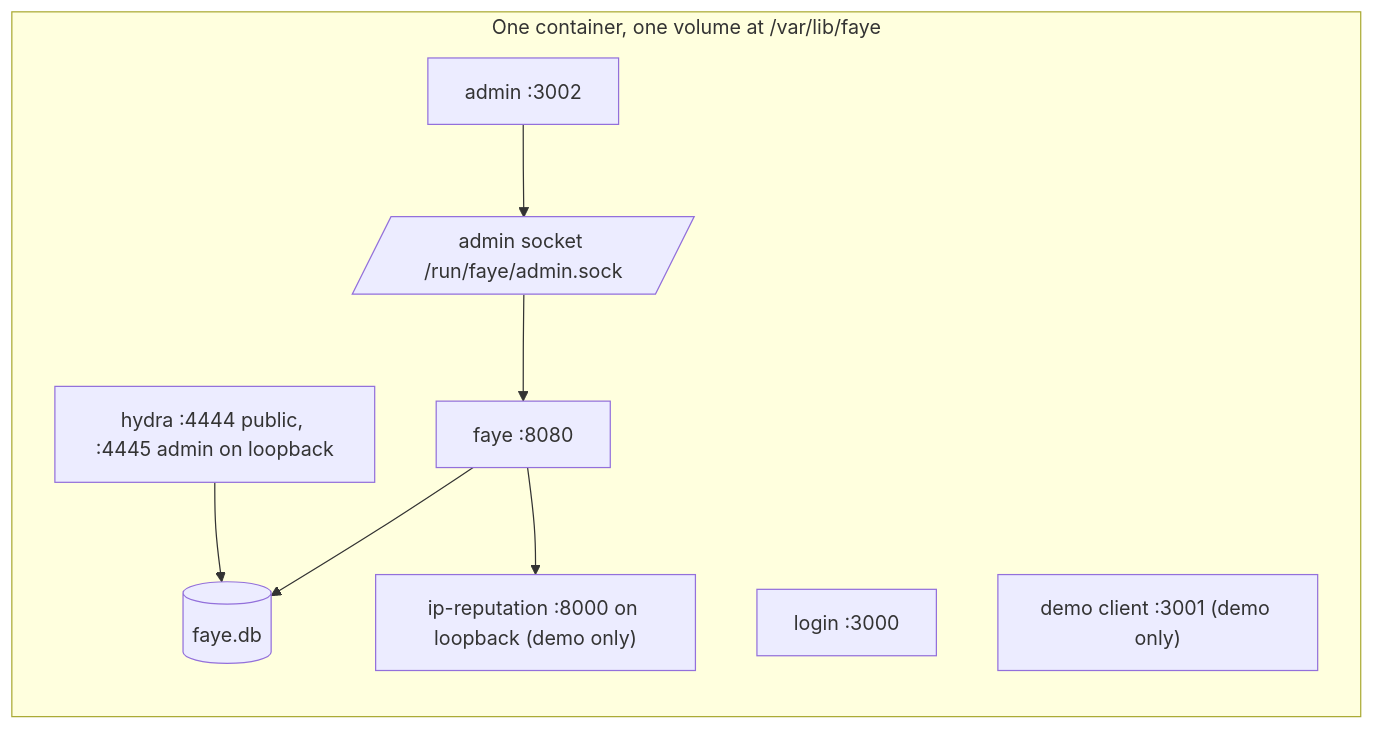
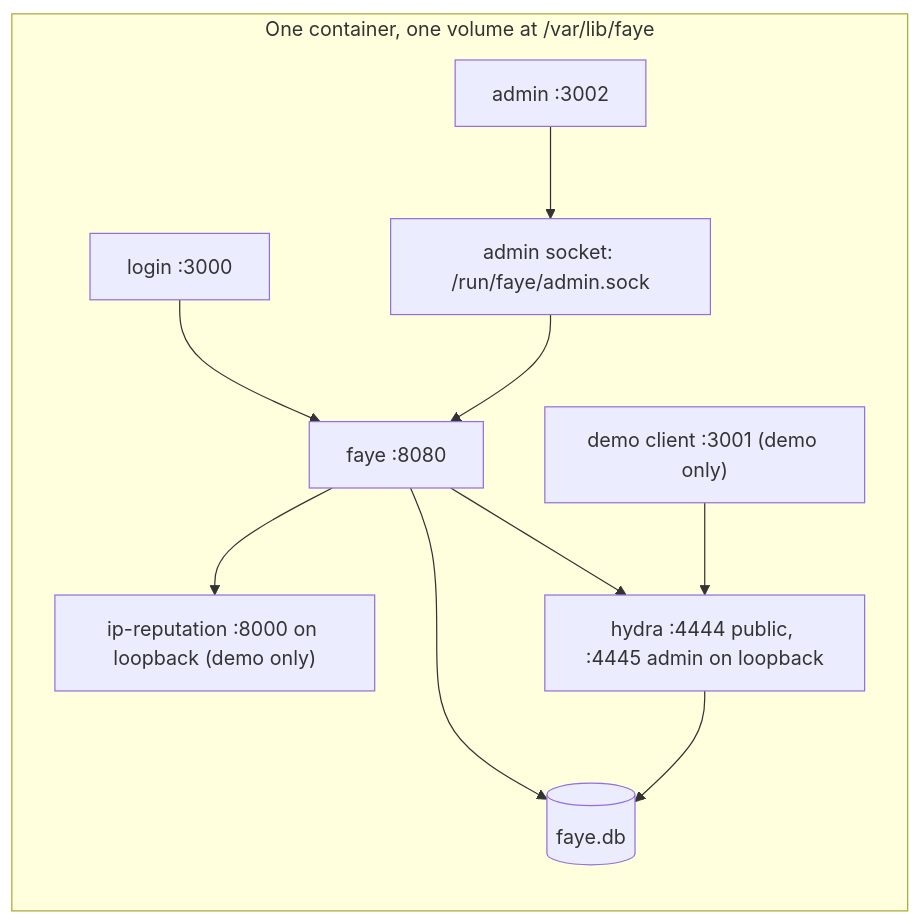
Before and after one commit to jwuxan/faye: the fourth of 4 diagrams in docs/understand/architecture.md, drawn with Mermaid. The commit also changed 1 other file, not shown here.

Commit message:
Docs: fix the deployment diagram, plain headings on the comparison page, review fixes in progress
Claude-Session: https://claude.ai/code/session_01RiXSUH76ZqmqMq8evmKAPY

````diff
--- a/docs/understand/architecture.md
+++ b/docs/understand/architecture.md
@@ -165,17 +165,20 @@
 ```mermaid
 flowchart LR
   subgraph container["One container, one volume at /var/lib/faye"]
     hydra["hydra :4444 public, :4445 admin on loopback"]
     faye["faye :8080"]
     login["login :3000"]
     admin["admin :3002"]
     demo["demo client :3001 (demo only)"]
     ipr["ip-reputation :8000 on loopback (demo only)"]
-    sock[/"admin socket /run/faye/admin.sock"/]
+    sock["admin socket: /run/faye/admin.sock"]
     db[("faye.db")]
   end
+  login --> faye
+  admin --> sock --> faye
+  demo --> hydra
+  faye --> hydra
   faye --> db
   hydra --> db
-  admin --> sock --> faye
   faye --> ipr
 ```
````
